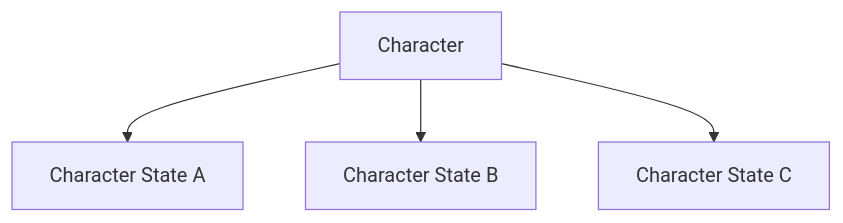
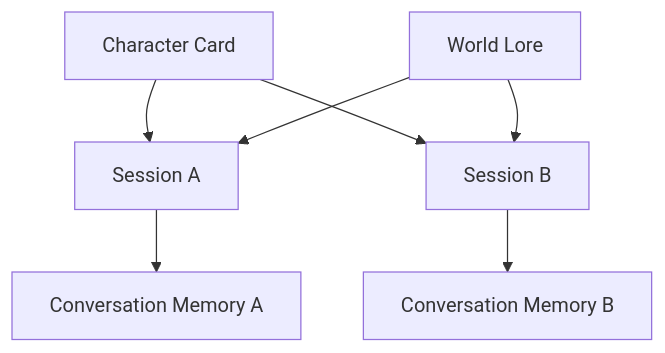
Before and after one commit to PabloDonkey/rp-engine: the second of 2 diagrams in docs/DOMAIN_MODEL.md, drawn with Mermaid. The commit also changed other lines of this file and 12 other files, not shown here.

````diff
--- a/docs/DOMAIN_MODEL.md
+++ b/docs/DOMAIN_MODEL.md
@@ -131,6 +119,9 @@
 ```mermaid
 flowchart TD
-	Character --> CharacterStateA[Character State A]
-	Character --> CharacterStateB[Character State B]
-	Character --> CharacterStateC[Character State C]
+	CharacterCard[Character Card] --> SessionA[Session A]
+	CharacterCard --> SessionB[Session B]
+	SessionA --> MemoryA[Conversation Memory A]
+	SessionB --> MemoryB[Conversation Memory B]
+	WorldLore[World Lore] --> SessionA
+	WorldLore --> SessionB
 ```
````
